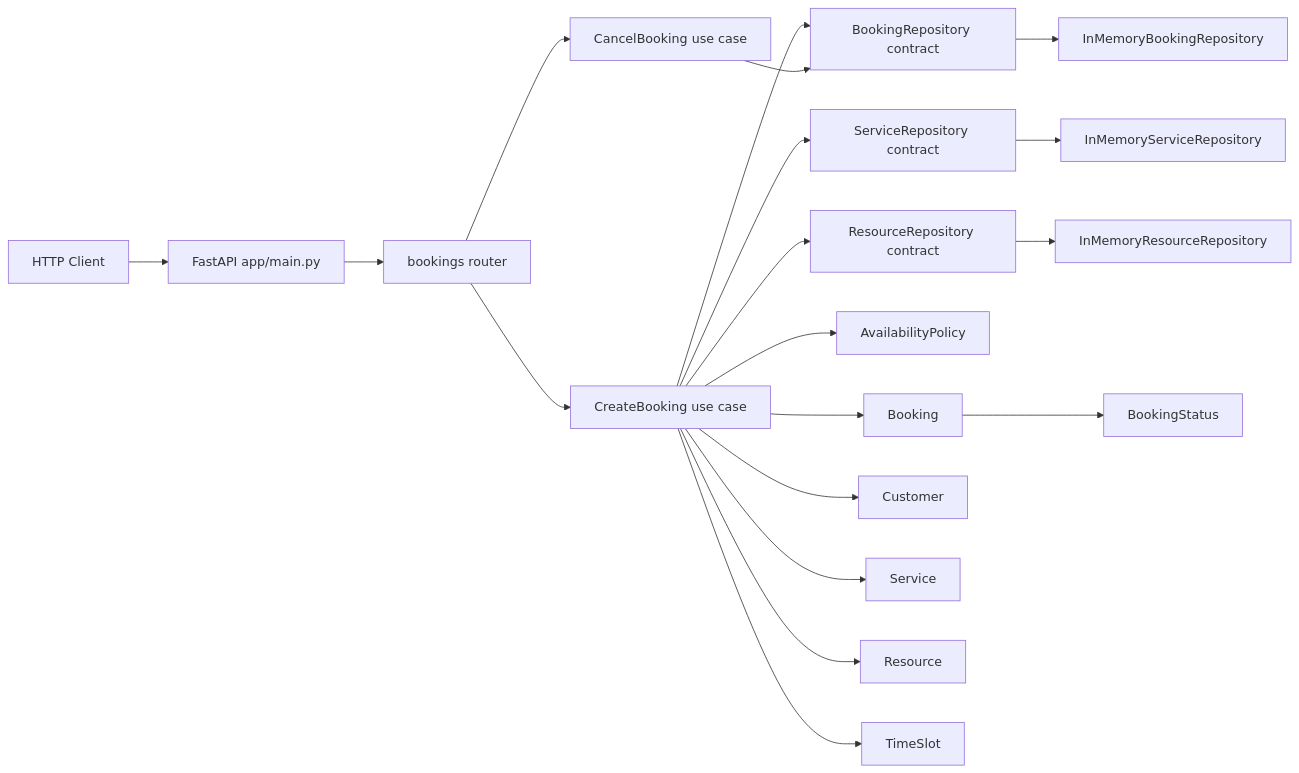
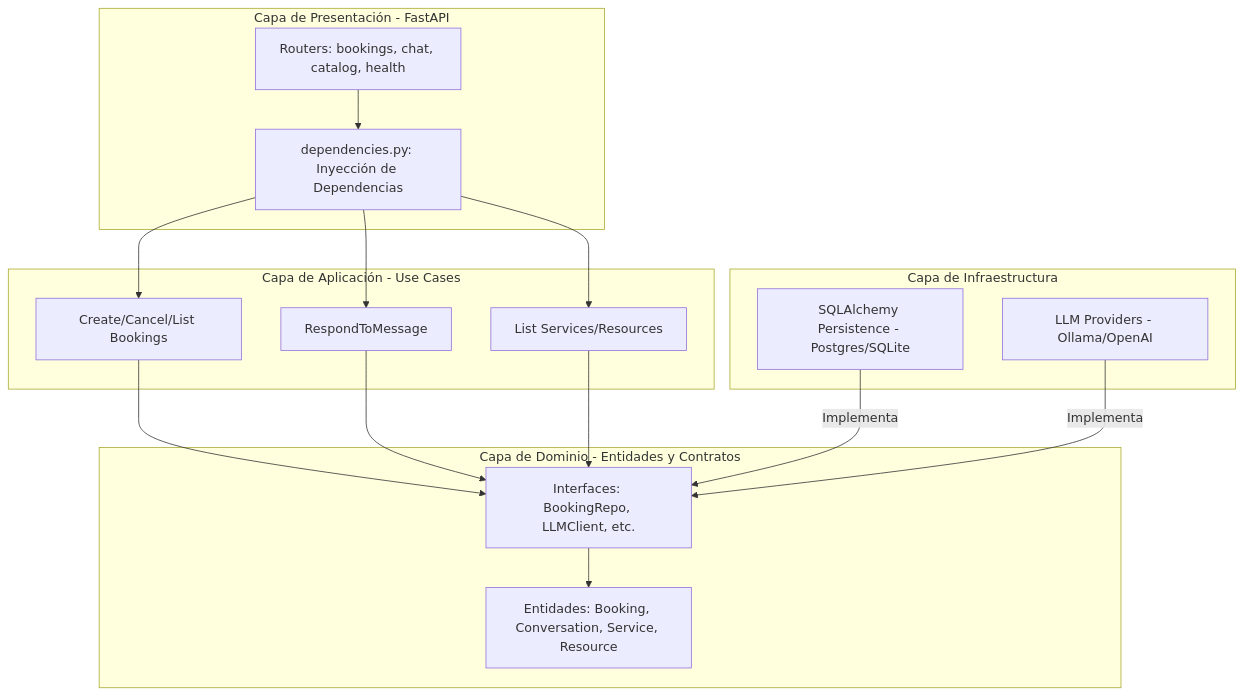
Before and after one commit to iancpcc/Chatbot: the first of 2 diagrams in ARCHITECTURE_AS_IS.md, drawn with Mermaid. The commit also changed other lines of this file and 30 other files, not shown here.

First line of the commit message:
feat: update architecture documentation and synchronize local environment with Podman

````diff
--- a/ARCHITECTURE_AS_IS.md
+++ b/ARCHITECTURE_AS_IS.md
@@ -54,25 +33,39 @@
 ```mermaid
-flowchart LR
-  Client[HTTP Client] --> FastAPI[FastAPI app/main.py]
-  FastAPI --> Router[bookings router]
-  Router --> UC1[CreateBooking use case]
-  Router --> UC2[CancelBooking use case]
+flowchart TD
+  %% Capa de Presentación
+  subgraph Presentation [Capa de Presentación - FastAPI]
+    Router[Routers: bookings, chat, catalog, health]
+    Deps[dependencies.py: Inyección de Dependencias]
+  end
 
-  UC1 --> BRepoContract[BookingRepository contract]
-  UC1 --> SRepoContract[ServiceRepository contract]
-  UC1 --> RRepoContract[ResourceRepository contract]
-  UC1 --> Policy[AvailabilityPolicy]
+  %% Capa de Aplicación
+  subgraph Application [Capa de Aplicación - Use Cases]
+    UC_Book[Create/Cancel/List Bookings]
+    UC_Chat[RespondToMessage]
+    UC_Cat[List Services/Resources]
+  end
 
-  UC2 --> BRepoContract
+  %% Capa de Dominio
+  subgraph Domain [Capa de Dominio - Entidades y Contratos]
+    Entities[Entidades: Booking, Conversation, Service, Resource]
+    RepoContracts[Interfaces: BookingRepo, LLMClient, etc.]
+  end
 
-  BRepoContract --> BRepoImpl[InMemoryBookingRepository]
-  SRepoContract --> SRepoImpl[InMemoryServiceRepository]
-  RRepoContract --> RRepoImpl[InMemoryResourceRepository]
+  %% Capa de Infraestructura
+  subgraph Infrastructure [Capa de Infraestructura]
+    SQL[SQLAlchemy Persistence - Postgres/SQLite]
+    LLM[LLM Providers - Ollama/OpenAI]
+  end
 
-  UC1 --> BookingEntity[Booking]
-  UC1 --> CustomerEntity[Customer]
-  UC1 --> ServiceEntity[Service]
-  UC1 --> ResourceEntity[Resource]
-  UC1 --> TimeSlotVO[TimeSlot]
-  BookingEntity --> BookingStatusVO[BookingStatus]
+  %% Relaciones
+  Router --> Deps
+  Deps --> UC_Book
+  Deps --> UC_Chat
+  Deps --> UC_Cat
+  UC_Book --> RepoContracts
+  UC_Chat --> RepoContracts
+  UC_Cat --> RepoContracts
+  RepoContracts --> Entities
+  SQL -- Implementa --> RepoContracts
+  LLM -- Implementa --> RepoContracts
 ```
````
